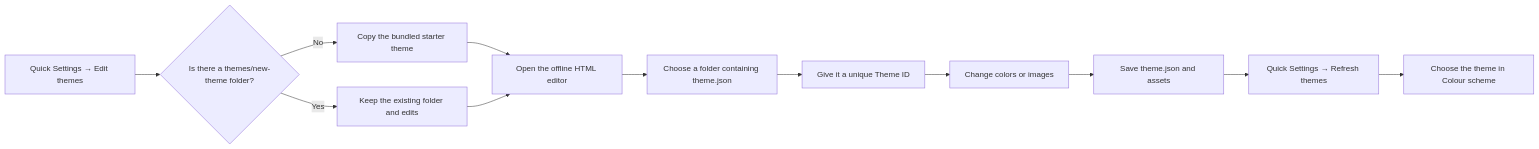
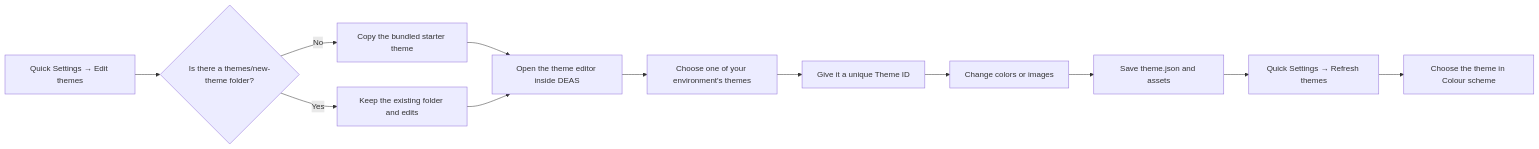
Before and after one commit to CerebralDev/DEAS: the diagram in docs/THEME-PACKS.md, drawn with Mermaid. The commit also changed other lines of this file and 24 other files, not shown here.

Commit message:
wip: theme editor in-app frame with native folder read/write (pre-existing concurrent-session working tree, gated by typecheck and release build)

````diff
--- a/docs/THEME-PACKS.md
+++ b/docs/THEME-PACKS.md
@@ -13,14 +13,14 @@
 ```mermaid
 flowchart LR
   A["Quick Settings → Edit themes"] --> B{"Is there a themes/new-theme folder?"}
   B -- "No" --> C["Copy the bundled starter theme"]
   B -- "Yes" --> D["Keep the existing folder and edits"]
-  C --> E["Open the offline HTML editor"]
+  C --> E["Open the theme editor inside DEAS"]
   D --> E
-  E --> F["Choose a folder containing theme.json"]
+  E --> F["Choose one of your environment's themes"]
   F --> G["Give it a unique Theme ID"]
   G --> H["Change colors or images"]
   H --> I["Save theme.json and assets"]
   I --> J["Quick Settings → Refresh themes"]
   J --> K["Choose the theme in Colour scheme"]
 ```
````
